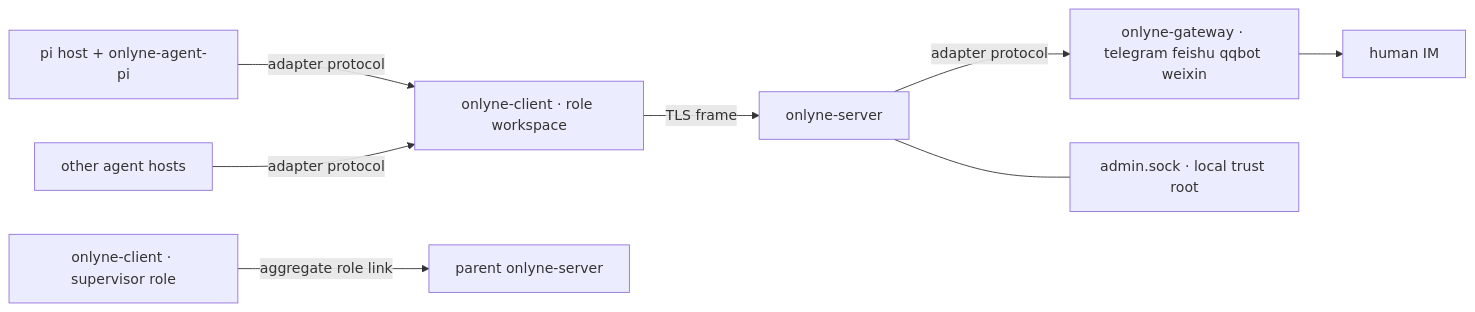
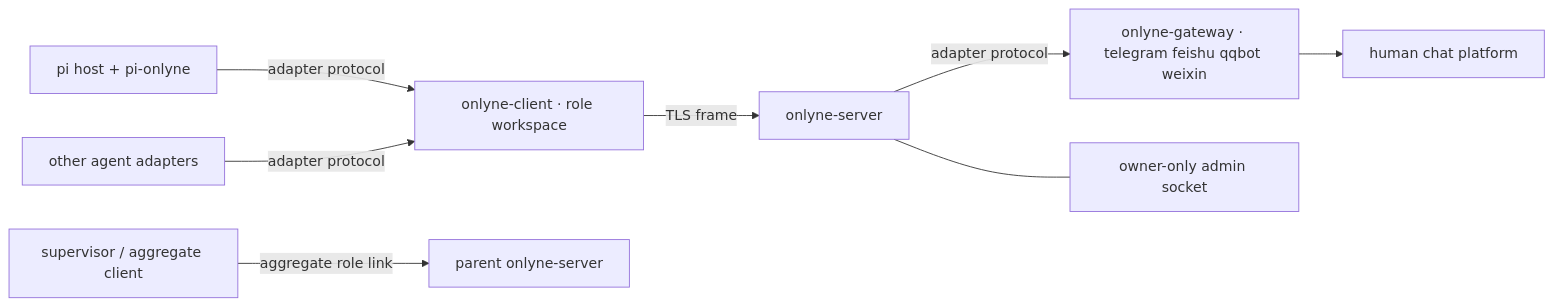
Before and after one commit to dbydd/onlyne: the second of 2 diagrams in README.md, drawn with Mermaid. The commit also changed other lines of this file and 5 other files, not shown here.

````diff
--- a/README.md
+++ b/README.md
@@ -80,10 +355,10 @@
 ```mermaid
 graph LR
-  P[pi host + onlyne-agent-pi] -->|adapter protocol| C[onlyne-client · role workspace]
-  S1[other agent hosts] -->|adapter protocol| C
+  P[pi host + pi-onlyne] -->|adapter protocol| C[onlyne-client · role workspace]
+  A[other agent adapters] -->|adapter protocol| C
   C -->|TLS frame| SRV[onlyne-server]
   SRV -->|adapter protocol| G[onlyne-gateway · telegram feishu qqbot weixin]
-  G --> H[human IM]
-  C2[onlyne-client · supervisor role] -->|aggregate role link| SP[parent onlyne-server]
-  SRV --- A[admin.sock · local trust root]
+  G --> H[human chat platform]
+  SC[supervisor / aggregate client] -->|aggregate role link| PS[parent onlyne-server]
+  SRV --- AD[owner-only admin socket]
 ```
````
